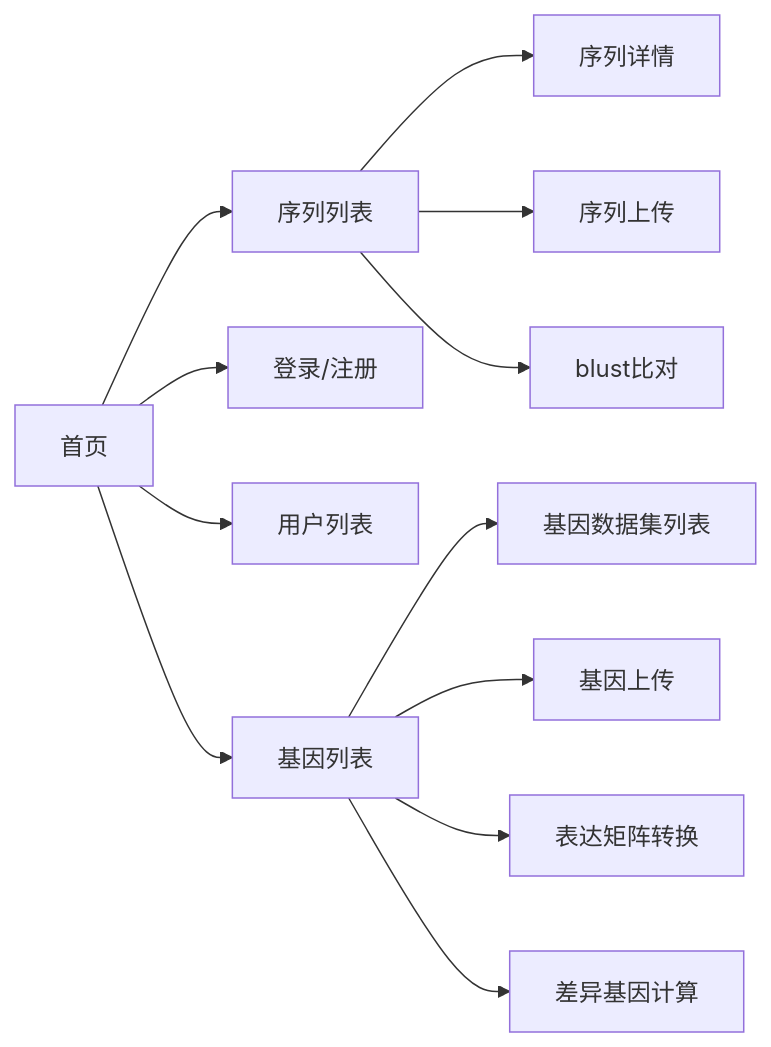
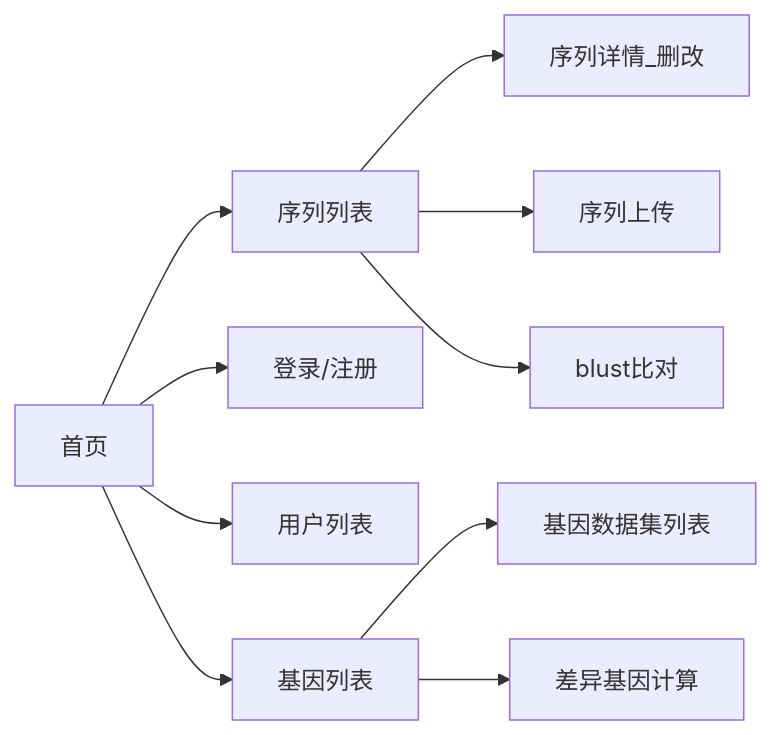
Before and after one commit to zhang-bin-98/hanclass_bioinfor_server: the first of 2 diagrams in docs/docs/design/index.md, drawn with Mermaid. The commit also changed other lines of this file and 18 other files, not shown here.

````diff
--- a/docs/docs/design/index.md
+++ b/docs/docs/design/index.md
@@ -14,18 +14,15 @@
 ```mermaid
 flowchart LR
 
 首页 --> 序列列表
-    序列列表 --> 序列详情 
+    序列列表 --> 序列详情_删改
     序列列表 --> 序列上传
     序列列表 --> blust比对
 
 首页 --> 登录/注册
 首页 --> 用户列表
 
 首页 --> 基因列表
-    基因列表 --> 基因数据集列表 
-    基因列表 --> 基因上传
-    基因列表 --> 表达矩阵转换
+    基因列表 --> 基因数据集列表
     基因列表 --> 差异基因计算
-
 ```
````
